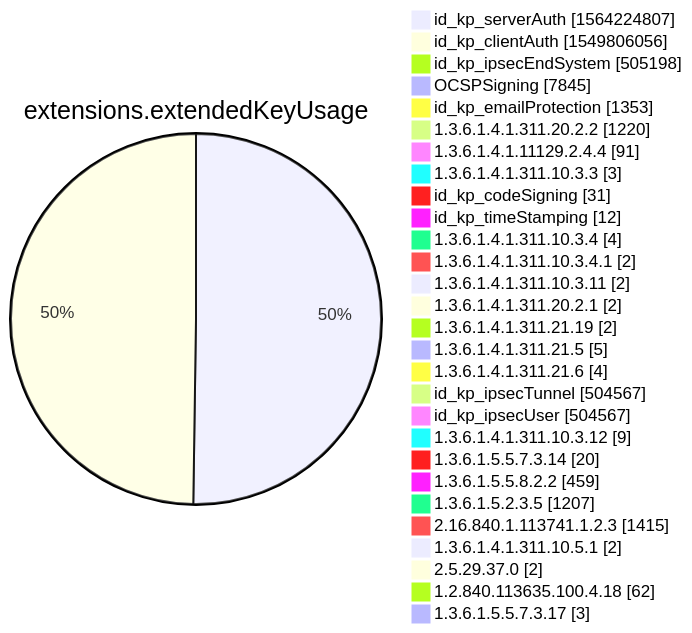
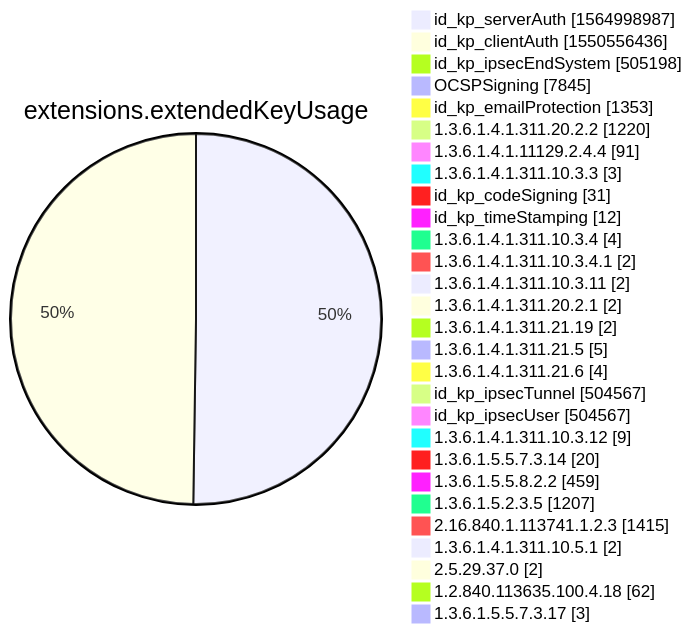
Diagram 12 of 15 in xenon2022/README.md (christiankrug/ctmonitor_visualization), drawn with Mermaid before and after one commit. The commit also changed other lines of this file, not shown here.

````diff
--- a/xenon2022/README.md
+++ b/xenon2022/README.md
@@ -3883,32 +3883,32 @@
 ```mermaid
 pie showData
 title extensions.extendedKeyUsage
-"id_kp_serverAuth" :1564224807
-"id_kp_clientAuth" :1549806056
+"id_kp_serverAuth" :1564998987
+"id_kp_clientAuth" :1550556436
 "id_kp_ipsecEndSystem" :505198
 "OCSPSigning" :7845
 "id_kp_emailProtection" :1353
 "1.3.6.1.4.1.311.20.2.2" :1220
 "1.3.6.1.4.1.11129.2.4.4" :91
 "1.3.6.1.4.1.311.10.3.3" :3
 "id_kp_codeSigning" :31
 "id_kp_timeStamping" :12
 "1.3.6.1.4.1.311.10.3.4" :4
 "1.3.6.1.4.1.311.10.3.4.1" :2
 "1.3.6.1.4.1.311.10.3.11" :2
 "1.3.6.1.4.1.311.20.2.1" :2
 "1.3.6.1.4.1.311.21.19" :2
 "1.3.6.1.4.1.311.21.5" :5
 "1.3.6.1.4.1.311.21.6" :4
 "id_kp_ipsecTunnel" :504567
 "id_kp_ipsecUser" :504567
 "1.3.6.1.4.1.311.10.3.12" :9
 "1.3.6.1.5.5.7.3.14" :20
 "1.3.6.1.5.5.8.2.2" :459
 "1.3.6.1.5.2.3.5" :1207
 "2.16.840.1.113741.1.2.3" :1415
 "1.3.6.1.4.1.311.10.5.1" :2
 "2.5.29.37.0" :2
 "1.2.840.113635.100.4.18" :62
 "1.3.6.1.5.5.7.3.17" :3
 ```
````
